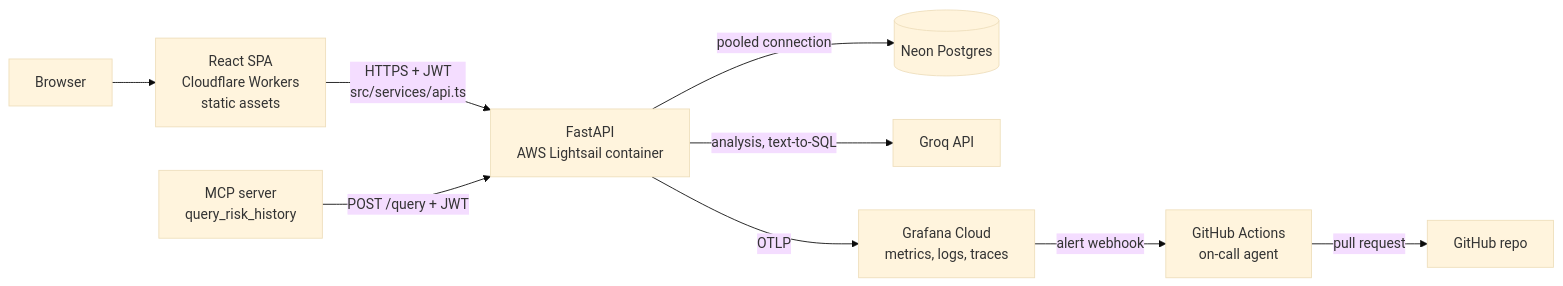
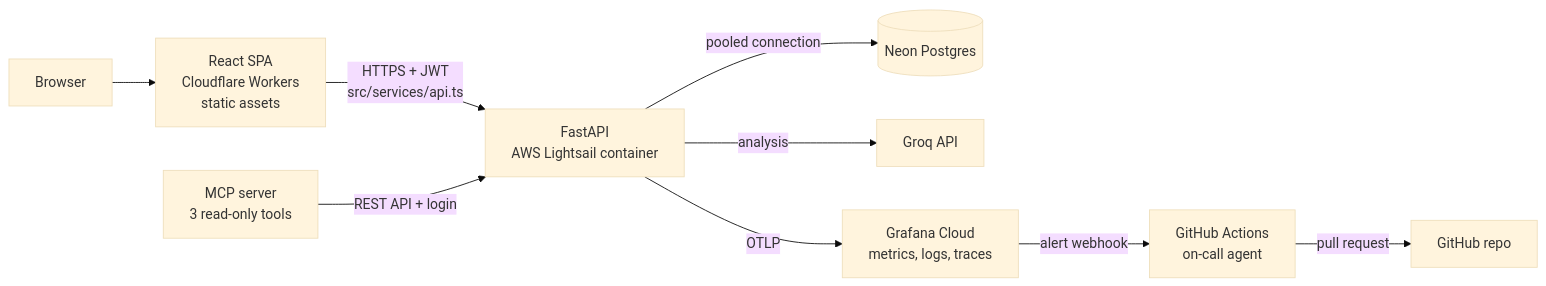
The first of 5 diagrams in docs/architecture.md (vadimvvlasov/anti-scope-creep), drawn with Mermaid (base theme) before and after one commit. The commit also changed other lines of this file and 5 other files, not shown here.

````diff
--- a/docs/architecture.md
+++ b/docs/architecture.md
@@ -11,11 +11,11 @@
 ```mermaid
 flowchart LR
     U["Browser"] --> FE["React SPA<br/>Cloudflare Workers<br/>static assets"]
     FE -->|"HTTPS + JWT<br/>src/services/api.ts"| BE["FastAPI<br/>AWS Lightsail container"]
     BE -->|"pooled connection"| DB[("Neon Postgres")]
-    BE -->|"analysis, text-to-SQL"| LLM["Groq API"]
+    BE -->|"analysis"| LLM["Groq API"]
     BE -->|"OTLP"| OBS["Grafana Cloud<br/>metrics, logs, traces"]
-    MCP["MCP server<br/>query_risk_history"] -->|"POST /query + JWT"| BE
+    MCP["MCP server<br/>3 read-only tools"] -->|"REST API + login"| BE
     OBS -->|"alert webhook"| GH["GitHub Actions<br/>on-call agent"]
     GH -->|"pull request"| REPO["GitHub repo"]
 ```
````
